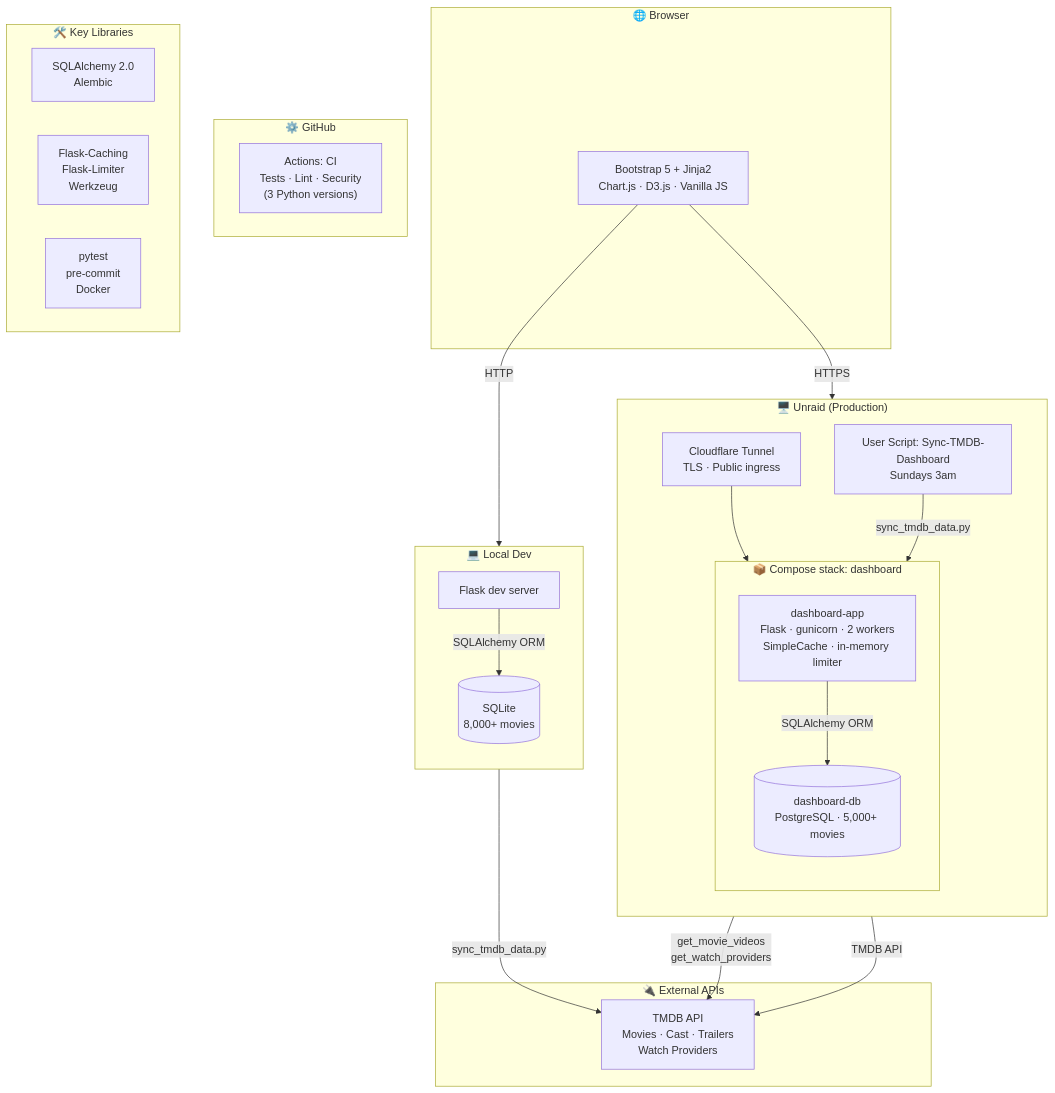
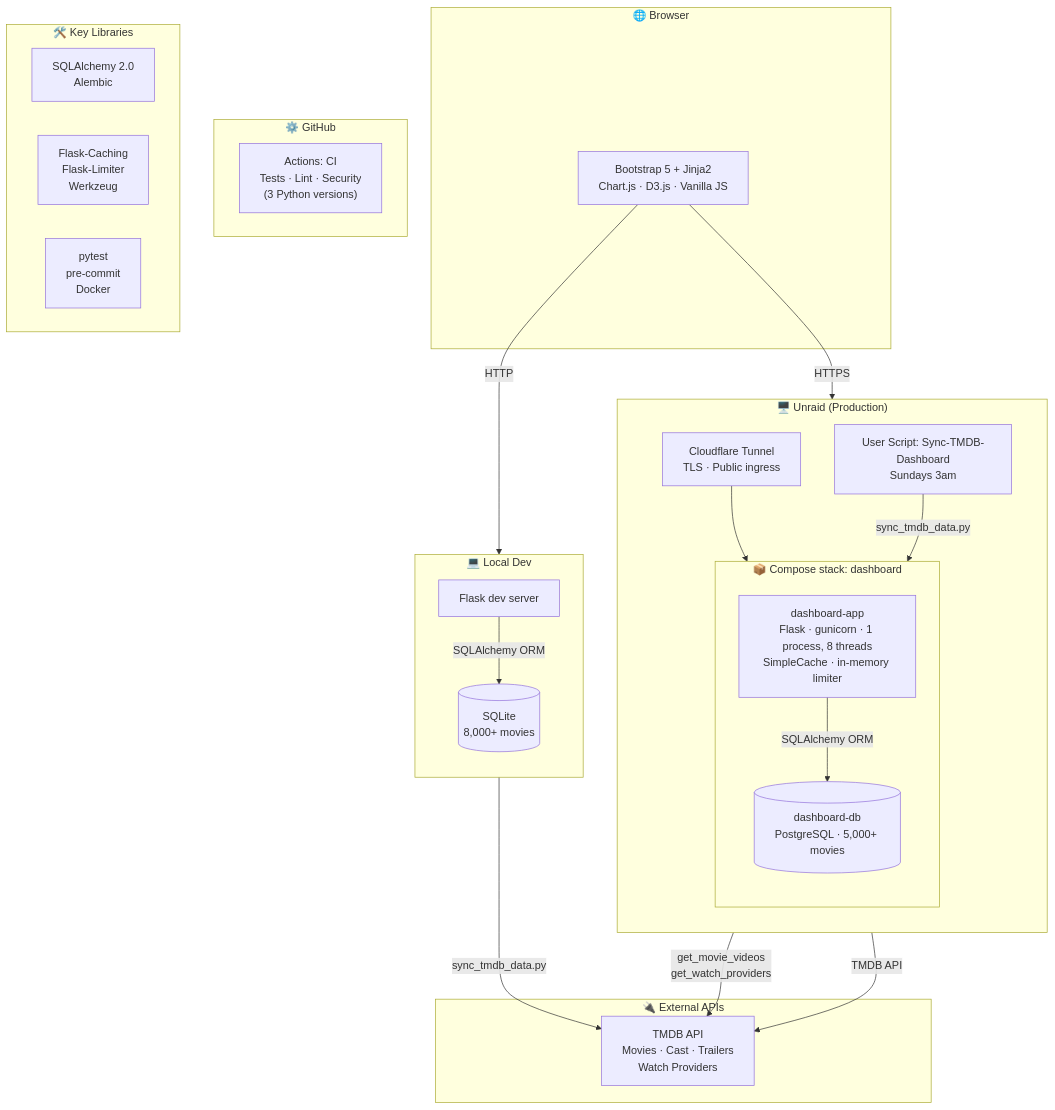
Before and after one commit to jaime-builds/movie-analytics-dashboard: the diagram in README.md, drawn with Mermaid. The commit also changed other lines of this file and 94 other files, not shown here.

````diff
--- a/README.md
+++ b/README.md
@@ -95,49 +102,49 @@
 ```mermaid
 flowchart TB
     subgraph Client["🌐 Browser"]
         UI["Bootstrap 5 + Jinja2\nChart.js · D3.js · Vanilla JS"]
     end
 
     subgraph GH["⚙️ GitHub"]
         direction LR
         CI["Actions: CI\nTests · Lint · Security\n(3 Python versions)"]
     end
 
     subgraph Unraid["🖥️ Unraid (Production)"]
         direction TB
         CF["Cloudflare Tunnel\nTLS · Public ingress"]
         subgraph Stackd["📦 Compose stack: dashboard"]
             direction TB
-            APP["dashboard-app\nFlask · gunicorn · 2 workers\nSimpleCache · in-memory limiter"]
+            APP["dashboard-app\nFlask · gunicorn · 1 process, 8 threads\nSimpleCache · in-memory limiter"]
             PG[("dashboard-db\nPostgreSQL · 5,000+ movies")]
             APP -- SQLAlchemy ORM --> PG
         end
         SYNC["User Script: Sync-TMDB-Dashboard\nSundays 3am"]
         CF --> APP
         SYNC -- sync_tmdb_data.py --> PG
     end
 
     subgraph Local["💻 Local Dev"]
         direction TB
         FLASK["Flask dev server"]
         SQLITE[("SQLite\n8,000+ movies")]
         FLASK -- SQLAlchemy ORM --> SQLITE
     end
 
     subgraph External["🔌 External APIs"]
         TMDB["TMDB API\nMovies · Cast · Trailers\nWatch Providers"]
     end
 
     UI -- HTTPS --> CF
     UI -- HTTP --> FLASK
     APP -- get_movie_videos\nget_watch_providers --> TMDB
     FLASK -- sync_tmdb_data.py --> TMDB
     SYNC -- TMDB API --> TMDB
 
     subgraph Stack["🛠️ Key Libraries"]
         direction LR
         S1["SQLAlchemy 2.0\nAlembic"]
         S2["Flask-Caching\nFlask-Limiter\nWerkzeug"]
         S3["pytest\npre-commit\nDocker"]
     end
 ```
````
